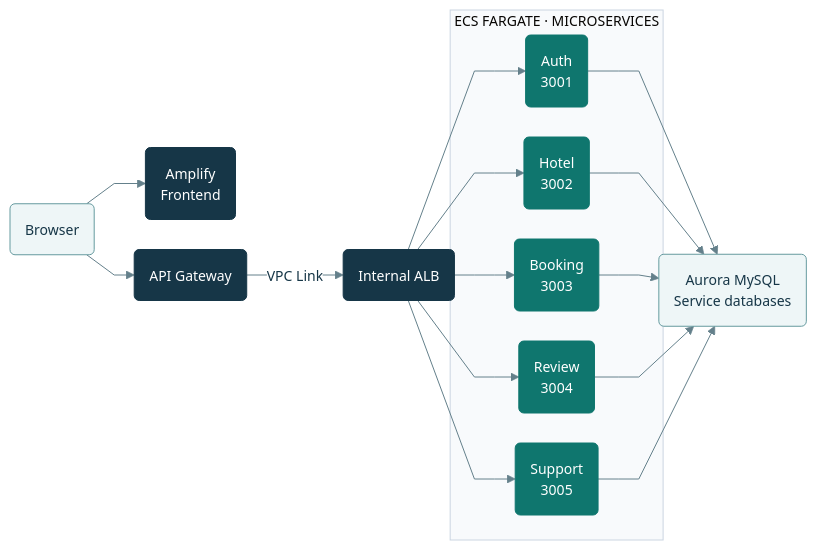
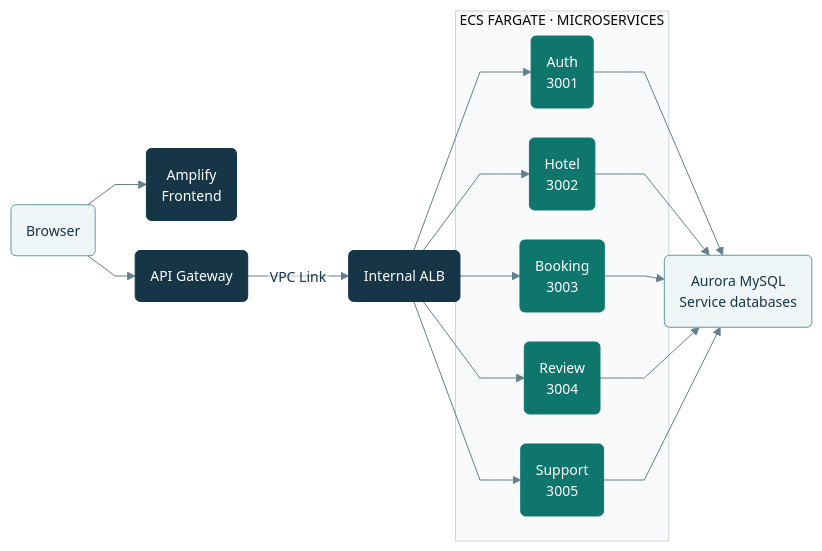
Before and after one commit to yubin05/Project_TEAM_AWS: the third of 3 diagrams in README.md, drawn with Mermaid. The commit also changed other lines of this file, not shown here.

Commit message:
docs: prevent clipped Mermaid labels in GitHub rendering

````diff
--- a/README.md
+++ b/README.md
@@ -69,22 +69,22 @@
 ```mermaid
-%%{init: {"theme":"base","themeVariables":{"fontFamily":"Arial, sans-serif","fontSize":"14px","primaryColor":"#eef6f7","primaryTextColor":"#163647","primaryBorderColor":"#659a9f","lineColor":"#64808b","secondaryColor":"#f1f5f9","tertiaryColor":"#f8fafc","clusterBkg":"#f8fafc","clusterBorder":"#cbd5e1","edgeLabelBackground":"#ffffff","actorBkg":"#163647","actorBorder":"#163647","actorTextColor":"#ffffff","actorLineColor":"#94a3b8","signalColor":"#476673","signalTextColor":"#163647","labelBoxBkgColor":"#eef6f7","labelBoxBorderColor":"#659a9f","labelTextColor":"#163647","activationBkgColor":"#d3eeea","activationBorderColor":"#0f766e","sequenceNumberColor":"#ffffff"},"flowchart":{"curve":"linear","nodeSpacing":30,"rankSpacing":40},"sequence":{"mirrorActors":false,"actorMargin":35,"messageMargin":30}}}%%
+%%{init: {"theme":"base","themeVariables":{"fontFamily":"sans-serif","fontSize":"14px","primaryColor":"#eef6f7","primaryTextColor":"#163647","primaryBorderColor":"#659a9f","lineColor":"#64808b","secondaryColor":"#f1f5f9","tertiaryColor":"#f8fafc","clusterBkg":"#f8fafc","clusterBorder":"#cbd5e1","edgeLabelBackground":"#ffffff","actorBkg":"#163647","actorBorder":"#163647","actorTextColor":"#ffffff","actorLineColor":"#94a3b8","signalColor":"#476673","signalTextColor":"#163647","labelBoxBkgColor":"#eef6f7","labelBoxBorderColor":"#659a9f","labelTextColor":"#163647","activationBkgColor":"#d3eeea","activationBorderColor":"#0f766e","sequenceNumberColor":"#ffffff"},"flowchart":{"htmlLabels":false,"curve":"linear","nodeSpacing":30,"rankSpacing":40},"sequence":{"mirrorActors":false,"actorMargin":35,"messageMargin":30}}}%%
 flowchart LR
     Web("Browser") --> Amp("Amplify<br/>Frontend")
     Web --> Gateway("API Gateway")
     Gateway -->|VPC Link| ALB("Internal ALB")
     subgraph ECS["ECS FARGATE · MICROSERVICES"]
         Auth("Auth<br/>3001")
         Hotel("Hotel<br/>3002")
         Booking("Booking<br/>3003")
         Review("Review<br/>3004")
         Support("Support<br/>3005")
     end
     ALB --> Auth & Hotel & Booking & Review & Support
     Auth & Hotel & Booking & Review & Support --> DB("Aurora MySQL<br/>Service databases")
     classDef aws fill:#163647,stroke:#163647,color:#ffffff,stroke-width:1px;
     classDef azure fill:#0f766e,stroke:#0f766e,color:#ffffff,stroke-width:1px;
     classDef neutral fill:#eef6f7,stroke:#659a9f,color:#163647,stroke-width:1px;
     class Amp,Gateway,ALB aws;
     class Auth,Hotel,Booking,Review,Support azure;
     class Web,DB neutral;
 ```
````
